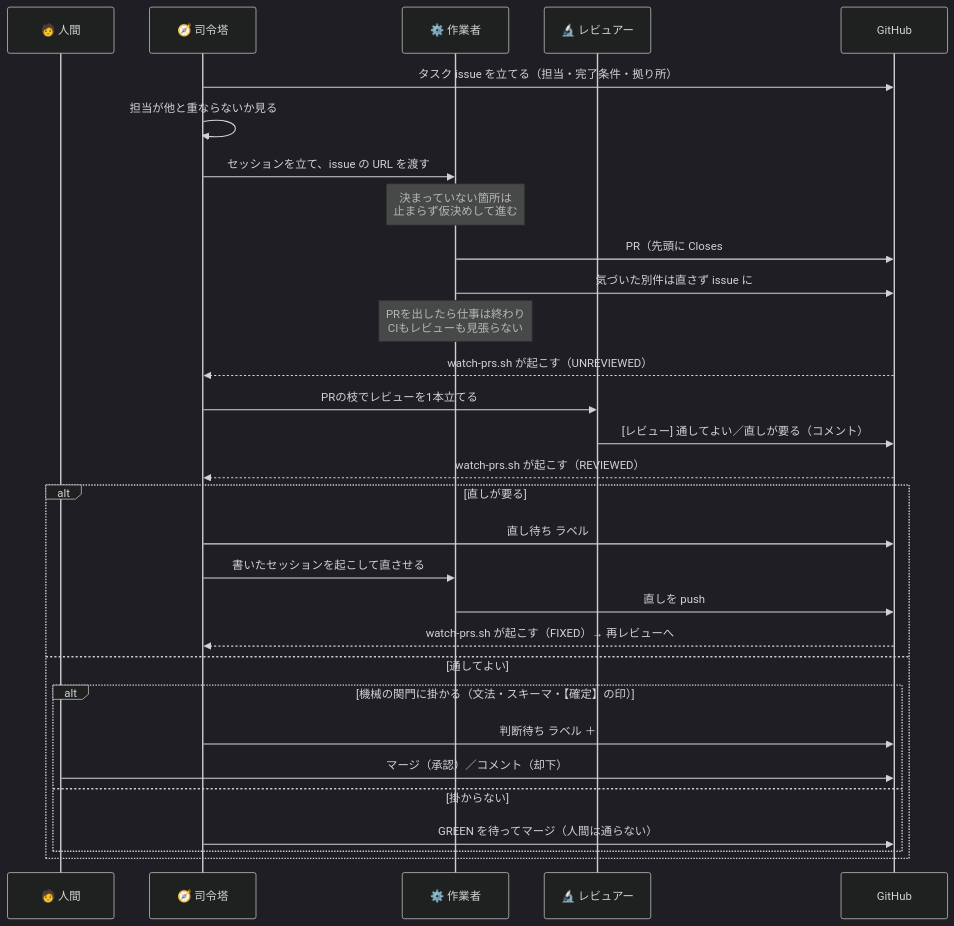
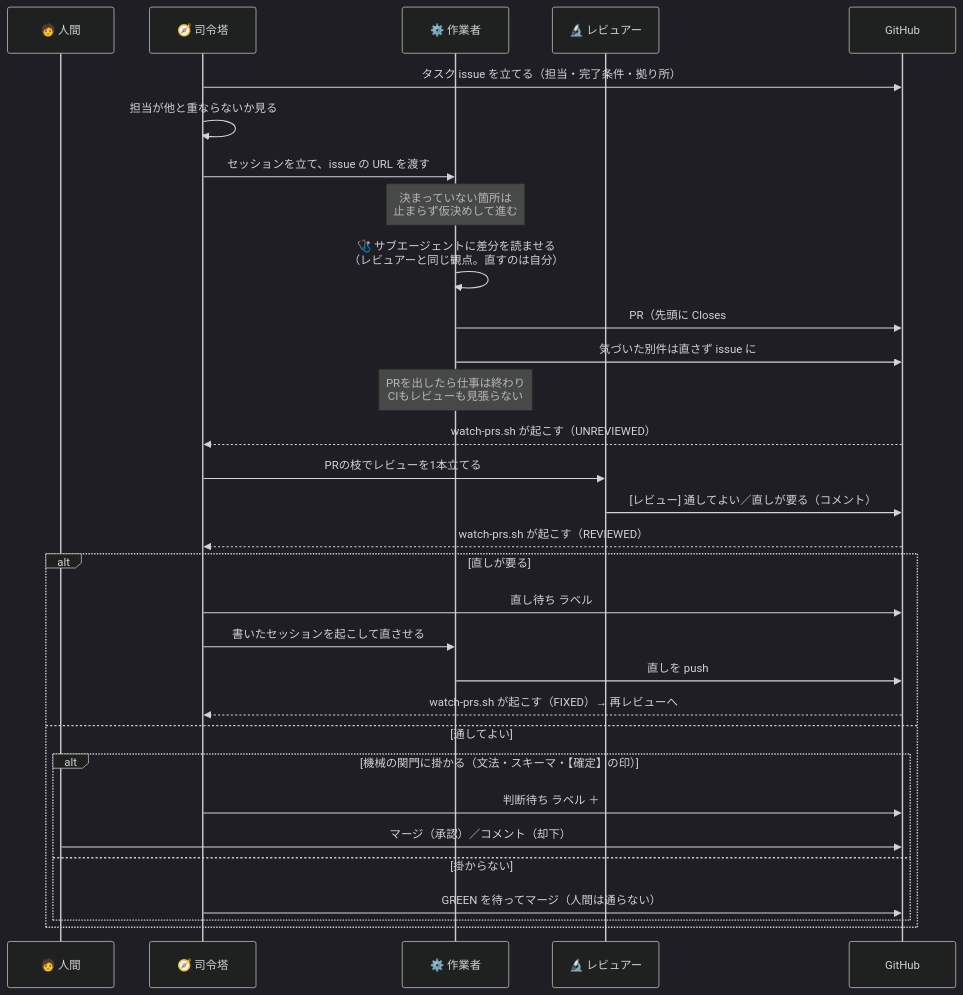
The third of 5 diagrams in docs/ParallelAgents.md (gooyyu1/UnmappedIsland), drawn with Mermaid (dark theme) before and after one commit. The commit also changed other lines of this file and 4 other files, not shown here.

````diff
--- a/docs/ParallelAgents.md
+++ b/docs/ParallelAgents.md
@@ -186,34 +193,35 @@
 ```mermaid
 sequenceDiagram
     participant H as 🧑 人間
     participant C as 🧭 司令塔
     participant W as ⚙️ 作業者
     participant R as 🔬 レビュアー
     participant G as GitHub
 
     C->>G: タスク issue を立てる（担当・完了条件・拠り所）
     C->>C: 担当が他と重ならないか見る
     C->>W: セッションを立て、issue の URL を渡す
     Note over W: 決まっていない箇所は<br/>止まらず仮決めして進む
+    W->>W: 🩺 サブエージェントに差分を読ませる<br/>（レビュアーと同じ観点。直すのは自分）
     W->>G: PR（先頭に Closes #N と ## 仮決め）
     W->>G: 気づいた別件は直さず issue に
     Note over W: PRを出したら仕事は終わり<br/>CIもレビューも見張らない
     G-->>C: watch-prs.sh が起こす（UNREVIEWED）
     C->>R: PRの枝でレビューを1本立てる
     R->>G: [レビュー] 通してよい／直しが要る（コメント）
     G-->>C: watch-prs.sh が起こす（REVIEWED）
 
     alt 直しが要る
         C->>G: 直し待ち ラベル
         C->>W: 書いたセッションを起こして直させる
         W->>G: 直しを push
         G-->>C: watch-prs.sh が起こす（FIXED）→ 再レビューへ
     else 通してよい
         alt 機械の関門に掛かる（文法・スキーマ・【確定】の印）
             C->>G: 判断待ち ラベル ＋ #732 の先頭へ1行
             H->>G: マージ（承認）／コメント（却下）
         else 掛からない
             C->>G: GREEN を待ってマージ（人間は通らない）
         end
     end
 ```
````
